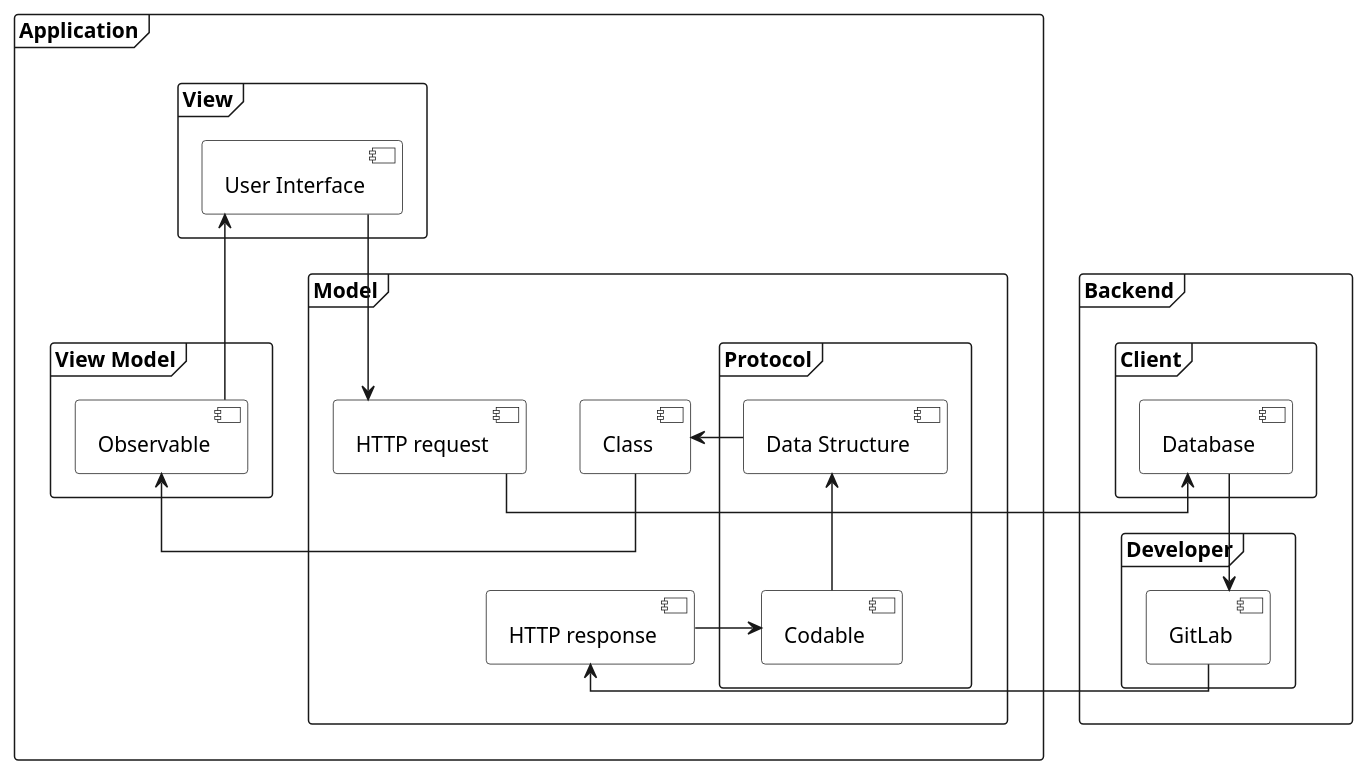
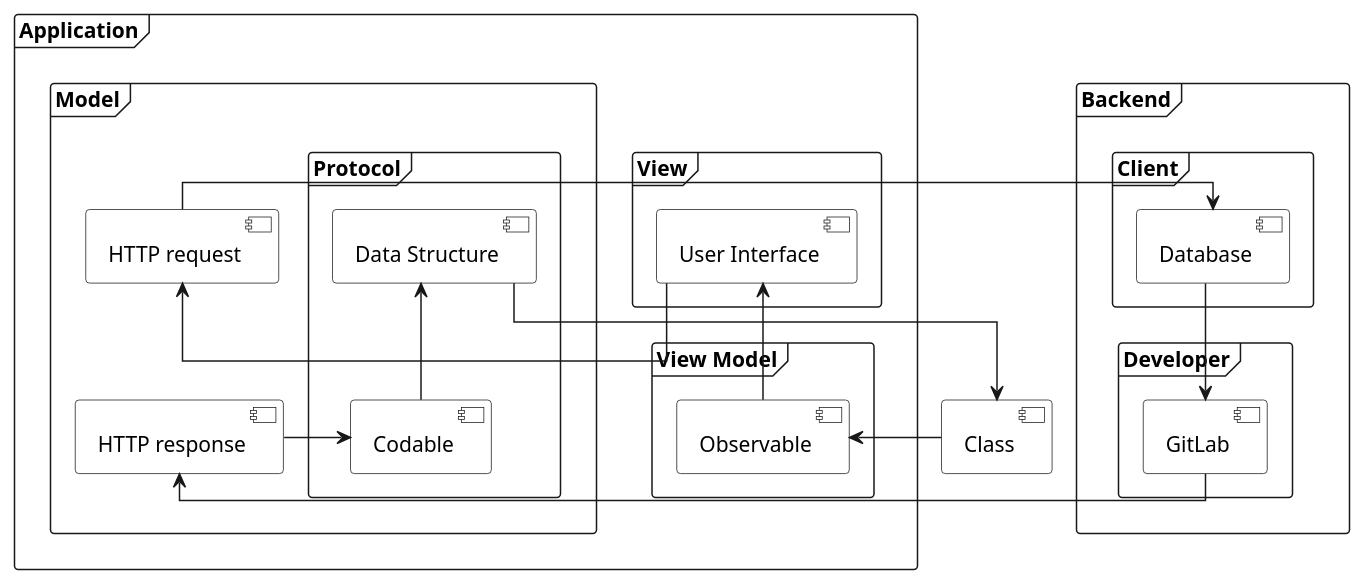
Before and after one commit to thorlindberg/thesis: the fourth of 4 diagrams in dissertation/4-2 background-material.md, drawn with PlantUML. The commit also changed other lines of this file and 1 other file, not shown here.

```diff
--- a/dissertation/4-2 background-material.md
+++ b/dissertation/4-2 background-material.md
@@ -293,52 +295,51 @@
 @startuml
 
 skinparam linetype ortho
 
 <style>
 componentDiagram {
     BackGroundColor transparent
     frame {
         BackGroundColor white
     }
     component {
         BackGroundColor white
     }
 }
 </style>
 
 frame Backend {
     frame Client  {
         [Database]
     }
     frame Developer {
         [GitLab]
     }
 }
 
 frame Application {
     frame View {
         [User Interface]
     }
     frame "View Model" {
         [Observable]
     }
     frame Model {
         [HTTP request]
         [HTTP response]
-        [Class]
         frame Protocol {
             [Codable] -up-> [Data Structure]
         }
     }
 }
 
 [Class] -left-> [Observable]
 [Observable] -up-> [User Interface]
 [User Interface] -right-> [HTTP request]
 [HTTP request] -right-> [Database]
 [Database] -down-> [GitLab]
 [GitLab] -left-> [HTTP response]
 [HTTP response] -left-> [Codable]
 [Data Structure] -left-> [Class]
 
 @enduml
```
